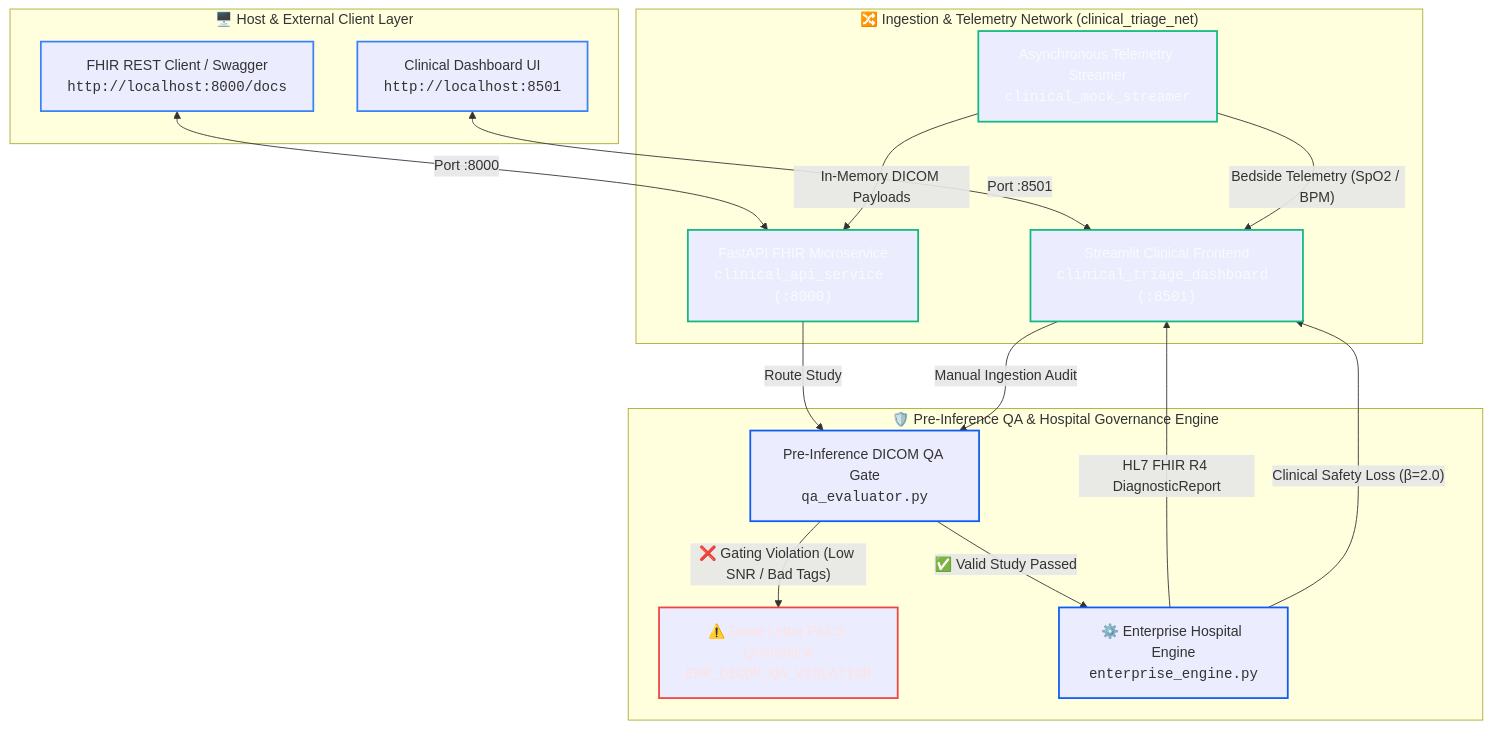
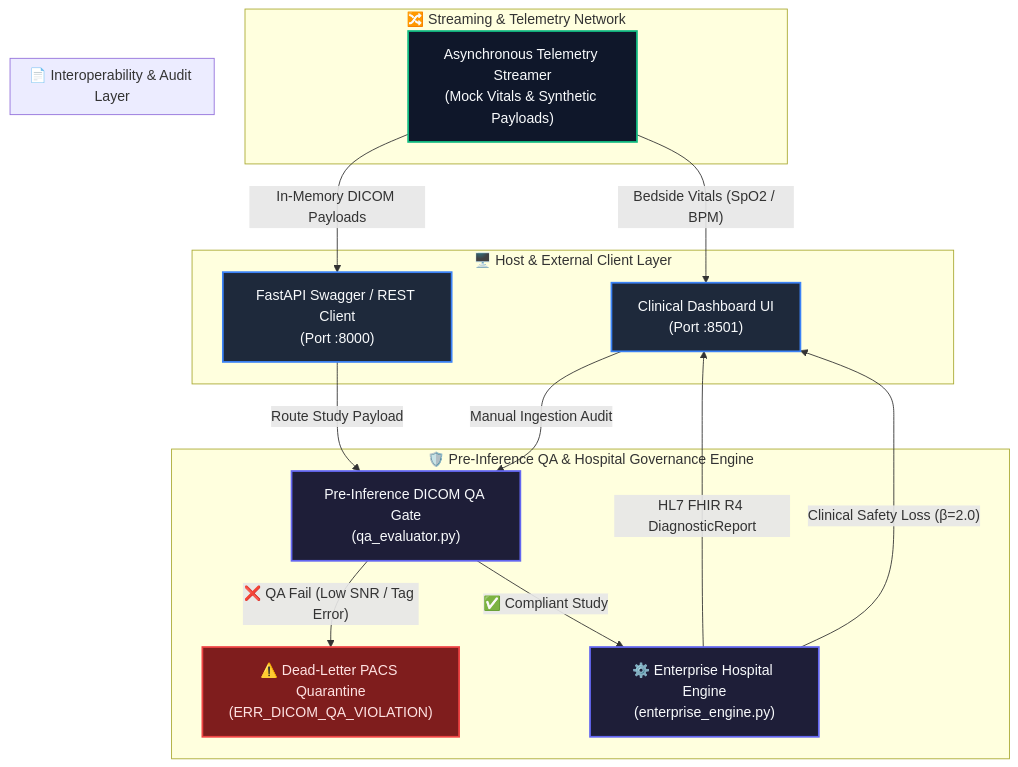
The diagram in README.md (dammyoguntuyi-ui/Clinical-AI-Triage-Pipeline), drawn with Mermaid before and after one commit.

Commit message:
docs: update README with multi-tier filtering, attending review workflow, and architecture documentation

````diff
--- a/README.md
+++ b/README.md
@@ -34,45 +34,37 @@
 ```mermaid
 flowchart TD
-    subgraph ClientLayer["🖥️ Host & External Client Layer"]
-        BrowserUI["Clinical Dashboard UI<br/><code>http://localhost:8501</code>"]
-        APIClient["FHIR REST Client / Swagger<br/><code>http://localhost:8000/docs</code>"]
+    subgraph Client["🖥️ Host & External Client Layer"]
+        UI["Clinical Dashboard UI<br/>(Port :8501)"]
+        API["FastAPI Swagger / REST Client<br/>(Port :8000)"]
     end
 
-    subgraph IngestionLayer["🔀 Ingestion & Telemetry Network (clinical_triage_net)"]
-        Streamer["Asynchronous Telemetry Streamer<br/><code>clinical_mock_streamer</code>"]
-        APIService["FastAPI FHIR Microservice<br/><code>clinical_api_service (:8000)</code>"]
-        Dashboard["Streamlit Clinical Frontend<br/><code>clinical_triage_dashboard (:8501)</code>"]
+    subgraph Streaming["🔀 Streaming & Telemetry Network"]
+        Streamer["Asynchronous Telemetry Streamer<br/>(Mock Vitals & Synthetic Payloads)"]
+        Streamer -->|"Bedside Vitals (SpO2 / BPM)"| UI
+        Streamer -->|"In-Memory DICOM Payloads"| API
     end
 
-    subgraph GovernanceLayer["🛡️ Pre-Inference QA & Hospital Governance Engine"]
-        QAGate["Pre-Inference DICOM QA Gate<br/><code>qa_evaluator.py</code>"]
-        Quarantine["⚠️ Dead-Letter PACS Quarantine<br/><code>ERR_DICOM_QA_VIOLATION</code>"]
-        Engine["⚙️ Enterprise Hospital Engine<br/><code>enterprise_engine.py</code>"]
+    subgraph Governance["🛡️ Pre-Inference QA & Hospital Governance Engine"]
+        API -->|"Route Study Payload"| QAGate["Pre-Inference DICOM QA Gate<br/>(qa_evaluator.py)"]
+        UI -->|"Manual Ingestion Audit"| QAGate
+        
+        QAGate -->|"❌ QA Fail (Low SNR / Tag Error)"| Quarantine["⚠️ Dead-Letter PACS Quarantine<br/>(ERR_DICOM_QA_VIOLATION)"]
+        QAGate -->|"✅ Compliant Study"| Engine["⚙️ Enterprise Hospital Engine<br/>(enterprise_engine.py)"]
     end
 
-    BrowserUI <-->|"Port :8501"| Dashboard
-    APIClient <-->|"Port :8000"| APIService
+    subgraph Dispatch["📄 Interoperability & Audit Layer"]
+        Engine -->|"HL7 FHIR R4 DiagnosticReport"| UI
+        Engine -->|"Clinical Safety Loss (β=2.0)"| UI
+    end
 
-    Streamer -->|"Bedside Telemetry (SpO2 / BPM)"| Dashboard
-    Streamer -->|"In-Memory DICOM Payloads"| APIService
+    classDef client fill:#1e293b,stroke:#3b82f6,stroke-width:2px,color:#f8fafc;
+    classDef streamer fill:#0f172a,stroke:#10b981,stroke-width:2px,color:#f8fafc;
+    classDef governance fill:#1e1e38,stroke:#6366f1,stroke-width:2px,color:#f8fafc;
+    classDef danger fill:#7f1d1d,stroke:#ef4444,stroke-width:2px,color:#fee2e2;
+    classDef dispatch fill:#064e3b,stroke:#10b981,stroke-width:2px,color:#d1fae5;
 
-    APIService -->|"Route Study"| QAGate
-    Dashboard -->|"Manual Ingestion Audit"| QAGate
-
-    QAGate -->|"❌ Gating Violation (Low SNR / Bad Tags)"| Quarantine
-    QAGate -->|"✅ Valid Study Passed"| Engine
-
-    Engine -->|"HL7 FHIR R4 DiagnosticReport"| Dashboard
-    Engine -->|"Clinical Safety Loss (β=2.0)"| Dashboard
-
-    classDef client fill:#01e293b,stroke:#3b82f6,stroke-width:2px,color:#0f0faff;
-    classDef network fill:#00f172a,stroke:#10b981,stroke-width:2px,color:#f8fafc;
-    classDef governance fill:#01e1e38,stroke:#0b5cf6,stroke-width:2px,color:#0f8fafc;
-    classDef danger fill:#07f1d1d,stroke:#ef4444,stroke-width:2px,color:#fee2e2;
-    classDef success fill:#0064e3b,stroke:#10b981,stroke-width:2px,color:#d1fae5;
-
-    class BrowserUI,APIClient client;
-    class Streamer,APIService,Dashboard network;
-    class Engine,QAGate governance;
+    class UI,API client;
+    class Streamer streamer;
+    class QAGate,Engine governance;
     class Quarantine danger;
 ```
````
